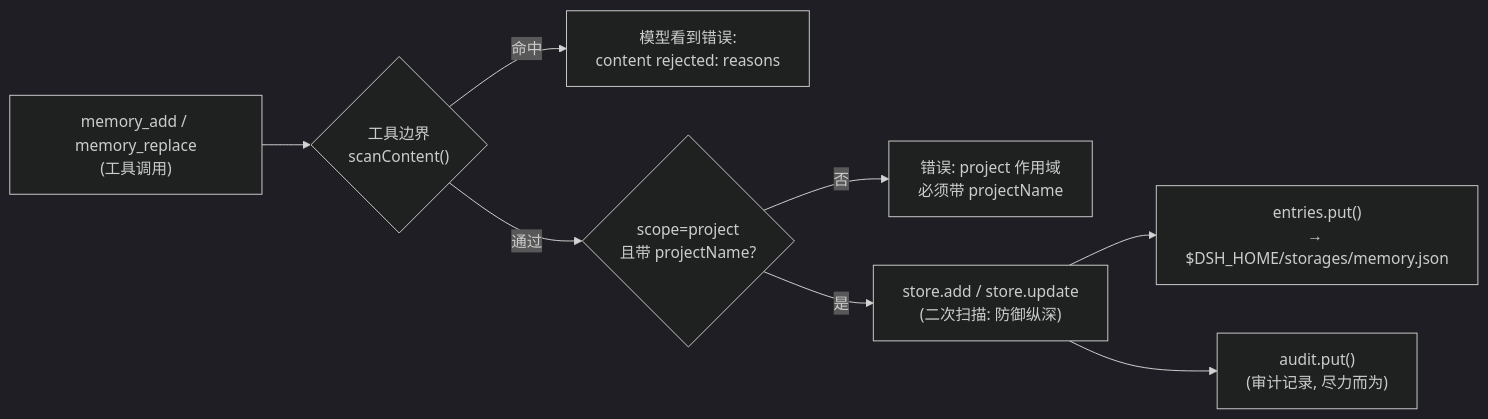
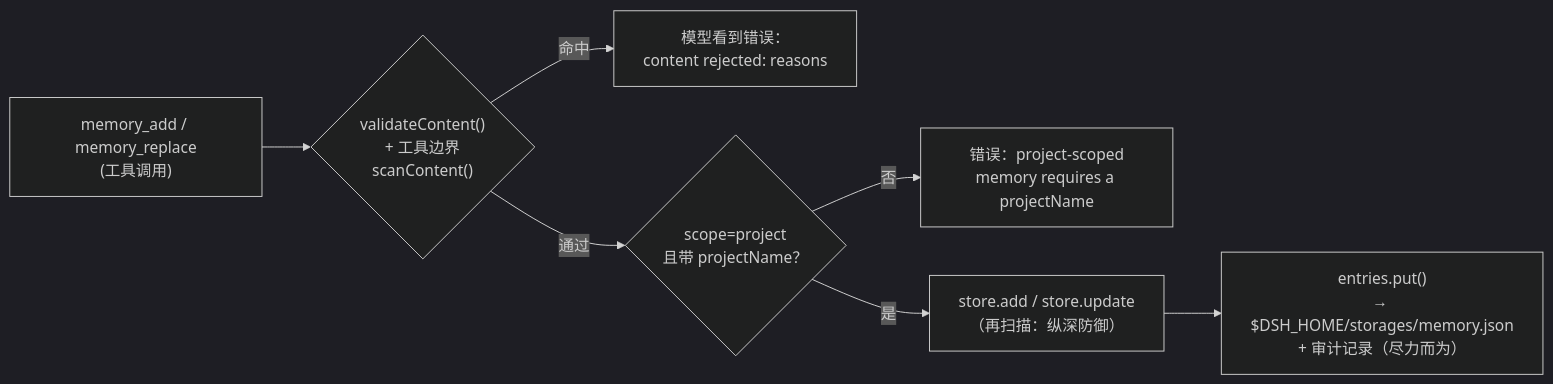
The second of 3 diagrams in docs/TECH_DESIGN.zh-CN.md (chenhw7/dsh-memory), drawn with Mermaid (dark theme) before and after one commit. The commit also changed other lines of this file and 5 other files, not shown here.

First line of the commit message:
docs: sync README / TECH_DESIGN / SEQUENCE_DIAGRAMS with the v0.3.0 implementation

````diff
--- a/docs/TECH_DESIGN.zh-CN.md
+++ b/docs/TECH_DESIGN.zh-CN.md
@@ -137,10 +145,9 @@
 ```mermaid
 flowchart LR
-  A["memory_add / memory_replace<br/>(工具调用)"] --> B{"工具边界<br/>scanContent()"}
-  B -- "命中" --> E1["模型看到错误:<br/>content rejected: reasons"]
-  B -- "通过" --> C{"scope=project<br/>且带 projectName?"}
-  C -- "否" --> E2["错误: project 作用域<br/>必须带 projectName"]
-  C -- "是" --> D["store.add / store.update<br/>(二次扫描: 防御纵深)"]
-  D --> E["entries.put()<br/>→ $DSH_HOME/storages/memory.json"]
-  D --> F["audit.put()<br/>(审计记录, 尽力而为)"]
+  A["memory_add / memory_replace<br/>(工具调用)"] --> B{"validateContent()<br/>+ 工具边界<br/>scanContent()"}
+  B -- "命中" --> E1["模型看到错误：<br/>content rejected: reasons"]
+  B -- "通过" --> C{"scope=project<br/>且带 projectName？"}
+  C -- "否" --> E2["错误：project-scoped<br/>memory requires a projectName"]
+  C -- "是" --> D["store.add / store.update<br/>（再扫描：纵深防御）"]
+  D --> E["entries.put()<br/>→ $DSH_HOME/storages/memory.json<br/>+ 审计记录（尽力而为）"]
 ```
````
